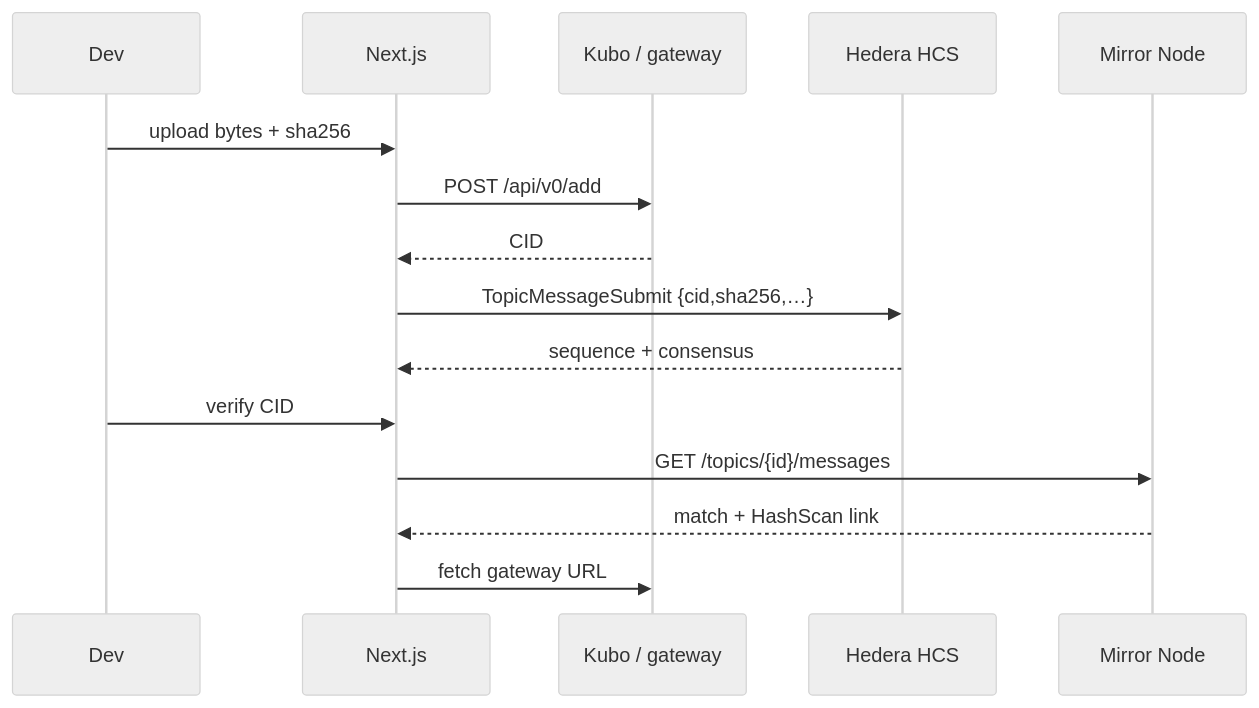
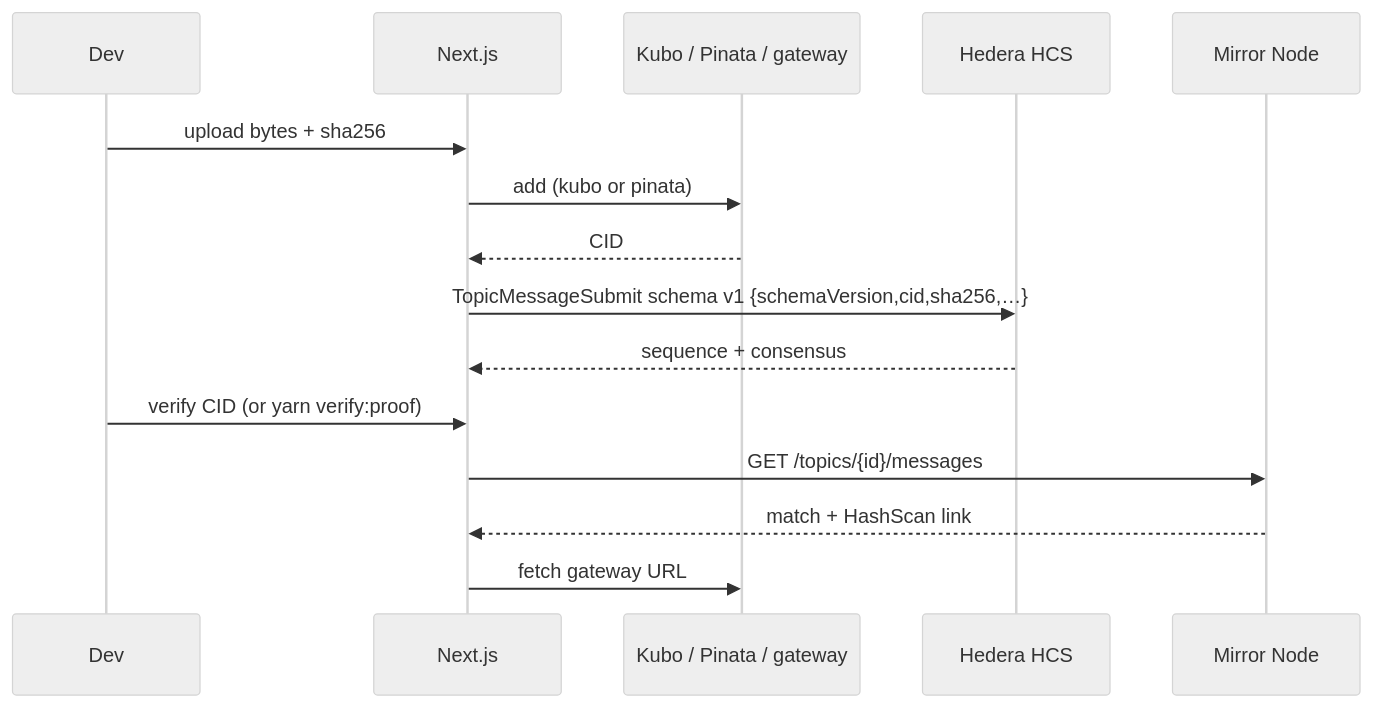
The diagram in docs/DEMO.md (374group-tech/hcs-ipfs-document-vault), drawn with Mermaid (neutral theme) before and after one commit. The commit also changed other lines of this file and 5 other files, not shown here.

First line of the commit message:
docs: judge-ready submit pack + schema v1 HashScan (seq 4)

````diff
--- a/docs/DEMO.md
+++ b/docs/DEMO.md
@@ -37,17 +41,17 @@
 ```mermaid
 sequenceDiagram
   participant Dev
   participant UI as Next.js
-  participant IPFS as Kubo / gateway
+  participant IPFS as Kubo / Pinata / gateway
   participant HCS as Hedera HCS
   participant Mirror as Mirror Node
   Dev->>UI: upload bytes + sha256
-  UI->>IPFS: POST /api/v0/add
+  UI->>IPFS: add (kubo or pinata)
   IPFS-->>UI: CID
-  UI->>HCS: TopicMessageSubmit {cid,sha256,…}
+  UI->>HCS: TopicMessageSubmit schema v1 {schemaVersion,cid,sha256,…}
   HCS-->>UI: sequence + consensus
-  Dev->>UI: verify CID
+  Dev->>UI: verify CID (or yarn verify:proof)
   UI->>Mirror: GET /topics/{id}/messages
   Mirror-->>UI: match + HashScan link
   UI->>IPFS: fetch gateway URL
 ```
````
